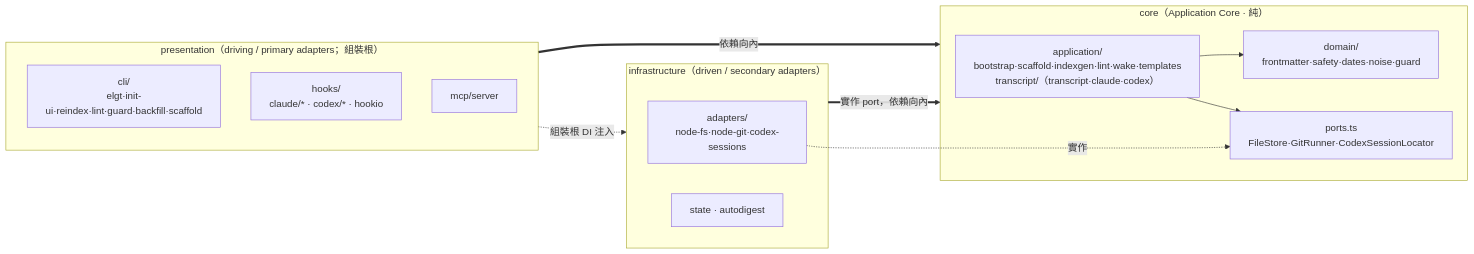
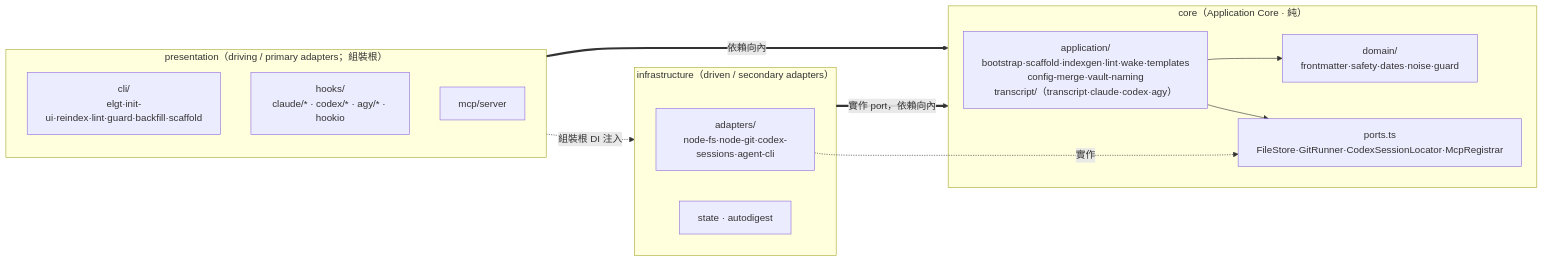
Before and after one commit to neokn/elegent: the third of 4 diagrams in docs/architecture/c4.md, drawn with Mermaid. The commit also changed other lines of this file and 24 other files, not shown here.

First line of the commit message:
fix(init): 修正 hooks/MCP/多 vault 查詢的正確性問題，同步文件

````diff
--- a/docs/architecture/c4.md
+++ b/docs/architecture/c4.md
@@ -73,24 +75,24 @@
 ```mermaid
 flowchart LR
     subgraph presentation["presentation（driving / primary adapters；組裝根）"]
         cliC["cli/<br/>elgt·init-ui·reindex·lint·guard·backfill·scaffold"]
-        hooksC["hooks/<br/>claude/* · codex/* · hookio"]
+        hooksC["hooks/<br/>claude/* · codex/* · agy/* · hookio"]
         mcpC["mcp/server"]
     end
     subgraph core["core（Application Core · 純）"]
-        app["application/<br/>bootstrap·scaffold·indexgen·lint·wake·templates<br/>transcript/（transcript·claude·codex）"]
+        app["application/<br/>bootstrap·scaffold·indexgen·lint·wake·templates<br/>config-merge·vault-naming<br/>transcript/（transcript·claude·codex·agy）"]
         dom["domain/<br/>frontmatter·safety·dates·noise·guard"]
-        ports["ports.ts<br/>FileStore·GitRunner·CodexSessionLocator"]
+        ports["ports.ts<br/>FileStore·GitRunner·CodexSessionLocator·McpRegistrar"]
         app --> dom
         app --> ports
     end
     subgraph infra["infrastructure（driven / secondary adapters）"]
-        ad["adapters/<br/>node-fs·node-git·codex-sessions"]
+        ad["adapters/<br/>node-fs·node-git·codex-sessions·agent-cli"]
         helpers["state · autodigest"]
     end
 
     presentation ==>|依賴向內| core
     infra ==>|實作 port，依賴向內| core
     ad -.實作.-> ports
     presentation -.組裝根 DI 注入.-> infra
 ```
````
